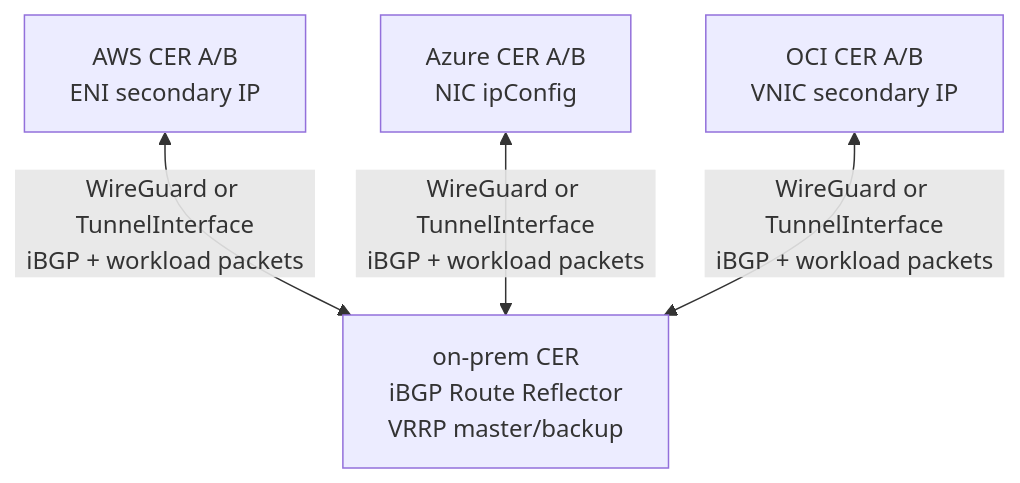
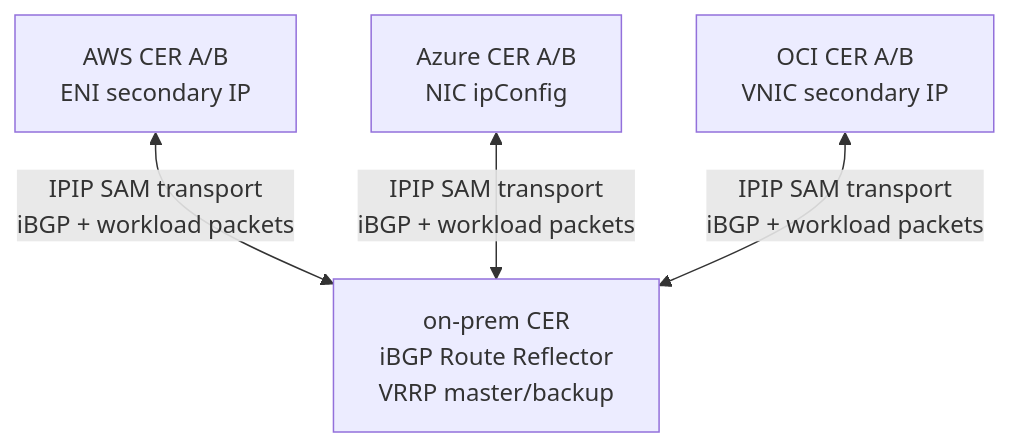
The first of 5 diagrams in docs/slides/cloudedge-sam-phase-g-deep-dive.md (imksoo/routerd), drawn with Mermaid before and after one commit. The commit also changed other lines of this file and 50 other files, not shown here.

````diff
--- a/docs/slides/cloudedge-sam-phase-g-deep-dive.md
+++ b/docs/slides/cloudedge-sam-phase-g-deep-dive.md
@@ -33,11 +33,11 @@
 ```mermaid
 flowchart TB
   RR[on-prem CER\niBGP Route Reflector\nVRRP master/backup]
   AWS[AWS CER A/B\nENI secondary IP]
   AZ[Azure CER A/B\nNIC ipConfig]
   OCI[OCI CER A/B\nVNIC secondary IP]
 
-  AWS <-->|WireGuard or TunnelInterface\niBGP + workload packets| RR
-  AZ <-->|WireGuard or TunnelInterface\niBGP + workload packets| RR
-  OCI <-->|WireGuard or TunnelInterface\niBGP + workload packets| RR
+  AWS <-->|IPIP SAM transport\niBGP + workload packets| RR
+  AZ <-->|IPIP SAM transport\niBGP + workload packets| RR
+  OCI <-->|IPIP SAM transport\niBGP + workload packets| RR
 ```
````
